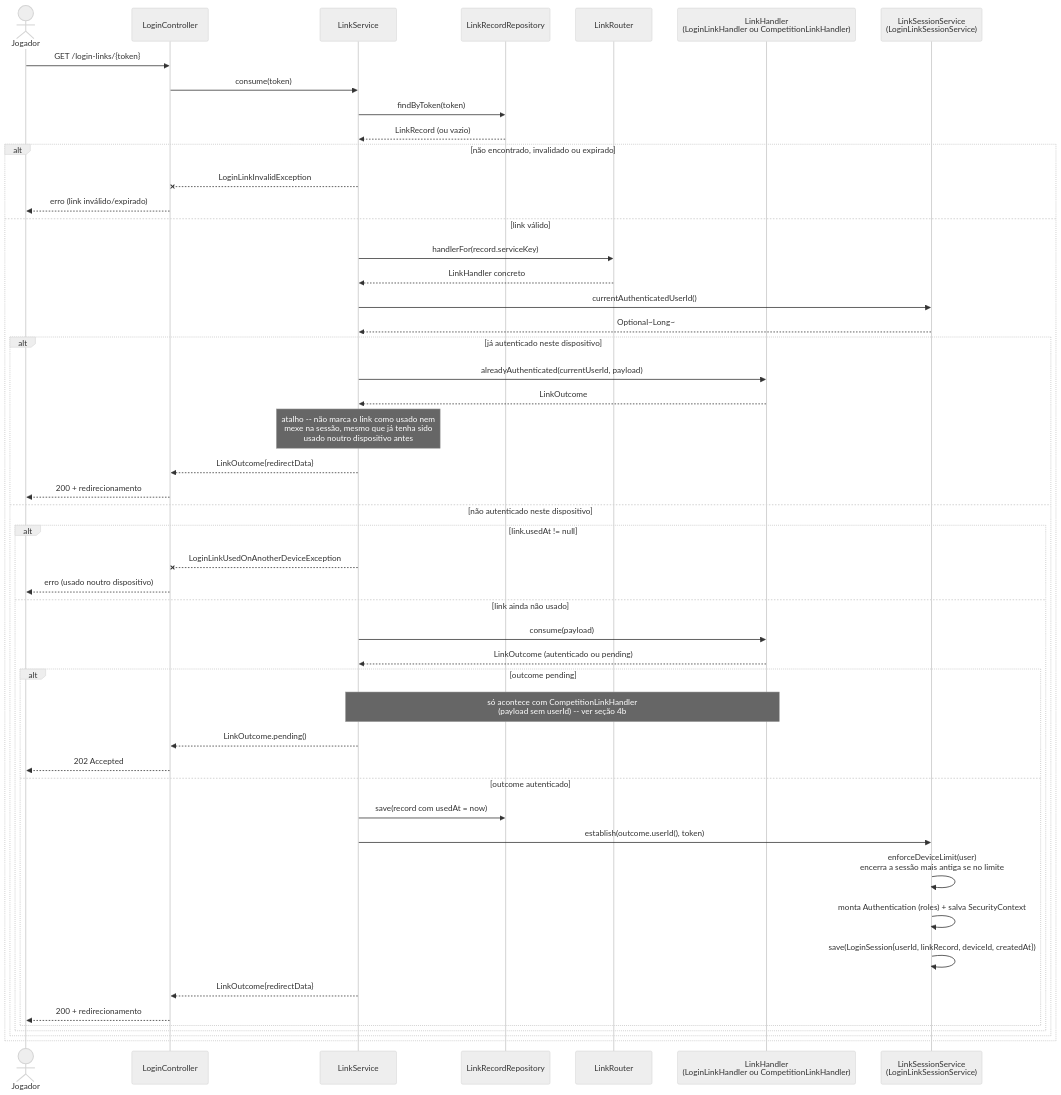
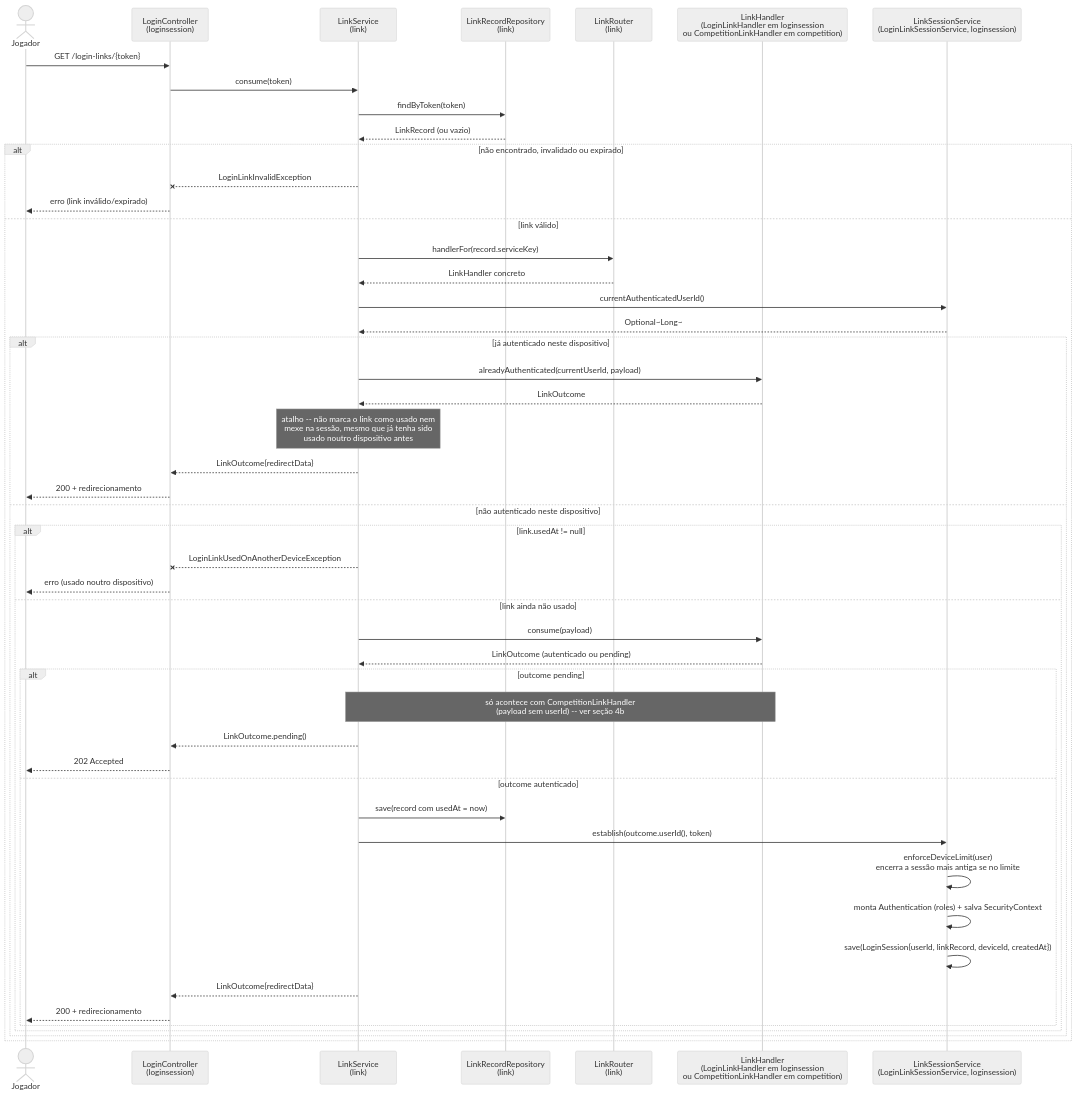
The second of 10 diagrams in docs/diagrams/sequencia.md (lalgarve/jogo-acoes), drawn with Mermaid (neutral theme) before and after one commit. The commit also changed other lines of this file and 3 other files, not shown here.

First line of the commit message:
docs: update module diagrams for the login package split

````diff
--- a/docs/diagrams/sequencia.md
+++ b/docs/diagrams/sequencia.md
@@ -47,52 +47,52 @@
 ```mermaid
 sequenceDiagram
     actor J as Jogador
-    participant LC as LoginController
-    participant LiS as LinkService
-    participant LRR as LinkRecordRepository
-    participant Router as LinkRouter
-    participant H as LinkHandler<br/>(LoginLinkHandler ou CompetitionLinkHandler)
-    participant SS as LinkSessionService<br/>(LoginLinkSessionService)
+    participant LC as LoginController<br/>(loginsession)
+    participant LiS as LinkService<br/>(link)
+    participant LRR as LinkRecordRepository<br/>(link)
+    participant Router as LinkRouter<br/>(link)
+    participant H as LinkHandler<br/>(LoginLinkHandler em loginsession<br/>ou CompetitionLinkHandler em competition)
+    participant SS as LinkSessionService<br/>(LoginLinkSessionService, loginsession)
 
     J->>LC: GET /login-links/{token}
     LC->>LiS: consume(token)
     LiS->>LRR: findByToken(token)
     LRR-->>LiS: LinkRecord (ou vazio)
     alt não encontrado, invalidado ou expirado
         LiS--xLC: LoginLinkInvalidException
         LC-->>J: erro (link inválido/expirado)
     else link válido
         LiS->>Router: handlerFor(record.serviceKey)
         Router-->>LiS: LinkHandler concreto
         LiS->>SS: currentAuthenticatedUserId()
         SS-->>LiS: Optional~Long~
         alt já autenticado neste dispositivo
             LiS->>H: alreadyAuthenticated(currentUserId, payload)
             H-->>LiS: LinkOutcome
             Note over LiS: atalho -- não marca o link como usado nem<br/>mexe na sessão, mesmo que já tenha sido<br/>usado noutro dispositivo antes
             LiS-->>LC: LinkOutcome{redirectData}
             LC-->>J: 200 + redirecionamento
         else não autenticado neste dispositivo
             alt link.usedAt != null
                 LiS--xLC: LoginLinkUsedOnAnotherDeviceException
                 LC-->>J: erro (usado noutro dispositivo)
             else link ainda não usado
                 LiS->>H: consume(payload)
                 H-->>LiS: LinkOutcome (autenticado ou pending)
                 alt outcome pending
                     Note over LiS,H: só acontece com CompetitionLinkHandler<br/>(payload sem userId) -- ver seção 4b
                     LiS-->>LC: LinkOutcome.pending()
                     LC-->>J: 202 Accepted
                 else outcome autenticado
                     LiS->>LRR: save(record com usedAt = now)
                     LiS->>SS: establish(outcome.userId(), token)
                     SS->>SS: enforceDeviceLimit(user)<br/>encerra a sessão mais antiga se no limite
                     SS->>SS: monta Authentication (roles) + salva SecurityContext
                     SS->>SS: save(LoginSession{userId, linkRecord, deviceId, createdAt})
                     LiS-->>LC: LinkOutcome{redirectData}
                     LC-->>J: 200 + redirecionamento
                 end
             end
         end
     end
 ```
````
